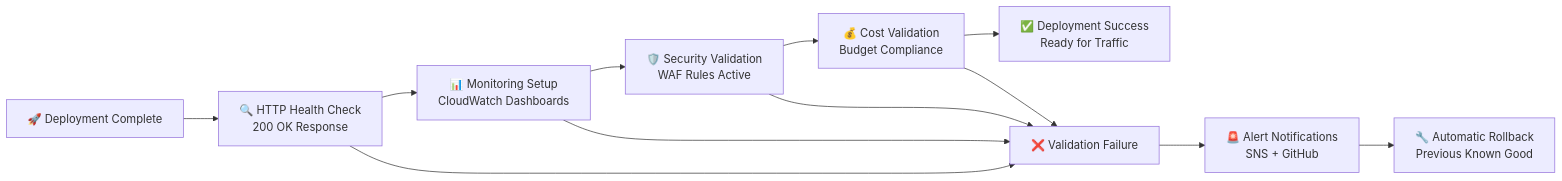
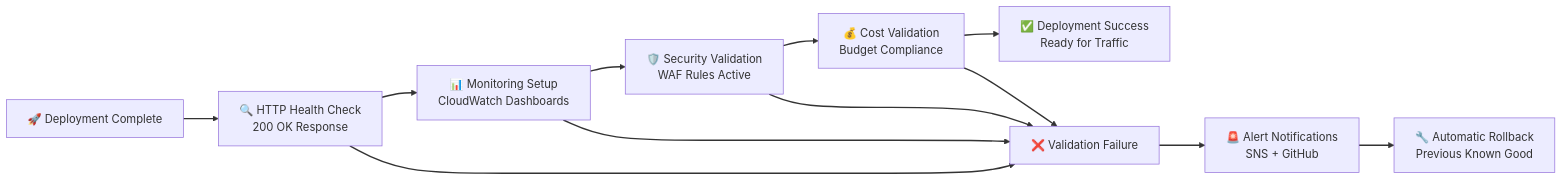
Before and after one commit to Celtikill/static-site: the fourth of 6 diagrams in docs/deployment.md, drawn with Mermaid. The commit also changed other lines of this file and 17 other files, not shown here.

````diff
--- a/docs/deployment.md
+++ b/docs/deployment.md
@@ -214,18 +236,32 @@
 ```mermaid
+%%{init: {'theme':'default', 'themeVariables': {'fontSize':'16px'}}}%%
 graph LR
+    accTitle: Automated Deployment Validation Pipeline
+    accDescr: Comprehensive automated validation pipeline verifying deployment success across health, monitoring, security, and cost dimensions with automatic rollback on failure. Deployment completion triggers sequential validation checks ensuring system readiness. HTTP health checks verify website accessibility confirming HTTP 200 OK responses from both S3 direct access and CloudFront distributions when enabled, validating basic connectivity and DNS resolution. Monitoring setup validation confirms CloudWatch dashboards are operational with metrics collection active, alarms configured correctly, SNS topics subscribed, and logs flowing to destinations ensuring observability is established before traffic exposure. Security validation verifies WAF rules are active when CloudFront is enabled, security headers are present in responses, SSL certificates are valid for HTTPS endpoints, and bucket policies enforce proper access controls protecting against common vulnerabilities. Cost validation checks budget compliance confirming resource provisioning stays within allocated limits, cost anomaly detection is active, budget alerts are configured, and resource tagging is complete enabling cost allocation and analysis. Successful validation across all dimensions confirms deployment success marking infrastructure ready for traffic with full observability and protection. Validation failures at any stage trigger alert notifications through SNS for email alerts and GitHub Actions workflow notifications ensuring rapid team awareness. Automatic rollback executes immediately on validation failure restoring previous known good state preserving service availability and implementing fail-safe deployment practices preventing degraded or insecure deployments from serving traffic.
+
     A["🚀 Deployment Complete"] --> B["🔍 HTTP Health Check<br/>200 OK Response"]
     B --> C["📊 Monitoring Setup<br/>CloudWatch Dashboards"]
     C --> D["🛡️ Security Validation<br/>WAF Rules Active"]
     D --> E["💰 Cost Validation<br/>Budget Compliance"]
     E --> F["✅ Deployment Success<br/>Ready for Traffic"]
 
     G["❌ Validation Failure"] --> H["🚨 Alert Notifications<br/>SNS + GitHub"]
     H --> I["🔧 Automatic Rollback<br/>Previous Known Good"]
 
     B --> G
     C --> G
     D --> G
     E --> G
 
-
+    linkStyle 0 stroke:#333333,stroke-width:2px
+    linkStyle 1 stroke:#333333,stroke-width:2px
+    linkStyle 2 stroke:#333333,stroke-width:2px
+    linkStyle 3 stroke:#333333,stroke-width:2px
+    linkStyle 4 stroke:#333333,stroke-width:2px
+    linkStyle 5 stroke:#333333,stroke-width:2px
+    linkStyle 6 stroke:#333333,stroke-width:2px
+    linkStyle 7 stroke:#333333,stroke-width:2px
+    linkStyle 8 stroke:#333333,stroke-width:2px
+    linkStyle 9 stroke:#333333,stroke-width:2px
+    linkStyle 10 stroke:#333333,stroke-width:2px
 ```
````
